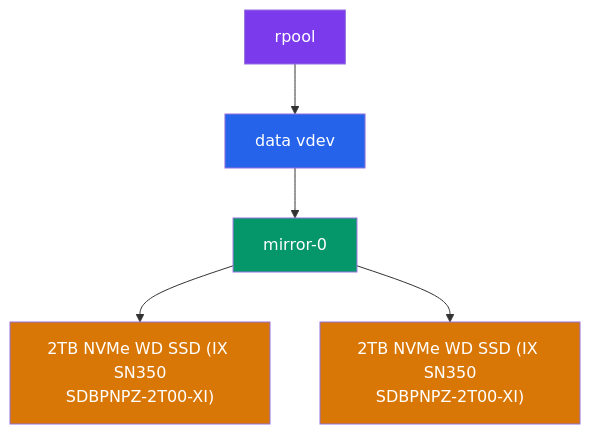
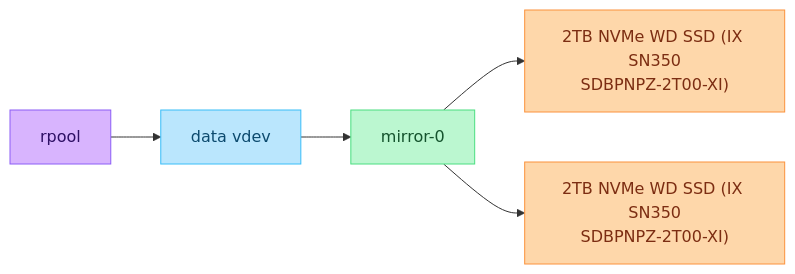
Before and after one commit to danterazo/docker-configs: the third of 4 diagrams in README.md, drawn with Mermaid. The commit also changed other lines of this file, not shown here.

Commit message:
Mermaid horizontal

````diff
--- a/README.md
+++ b/README.md
@@ -63,17 +63,17 @@
 ```mermaid
-flowchart TB
+flowchart LR
     rpool["rpool"] --> rpool_data["data vdev"]
     rpool_data --> rpool_mirror["mirror-0"]
     rpool_mirror --> rpool_nvme1["2TB NVMe WD SSD (IX SN350<br/>SDBPNPZ-2T00-XI)"]
     rpool_mirror --> rpool_nvme2["2TB NVMe WD SSD (IX SN350<br/>SDBPNPZ-2T00-XI)"]
 
-    classDef pool fill:#7c3aed,color:#fff
-    classDef vdev fill:#2563eb,color:#fff
-    classDef mirror fill:#059669,color:#fff
-    classDef disk fill:#d97706,color:#fff
+    classDef pool fill:#d8b4fe,color:#2e1065,stroke:#8b5cf6
+    classDef vdev fill:#bae6fd,color:#0c4a6e,stroke:#38bdf8
+    classDef mirror fill:#bbf7d0,color:#14532d,stroke:#4ade80
+    classDef disk fill:#fed7aa,color:#7c2d12,stroke:#fb923c
 
     class rpool pool
     class rpool_data vdev
     class rpool_mirror mirror
     class rpool_nvme1,rpool_nvme2 disk
 ```
````
